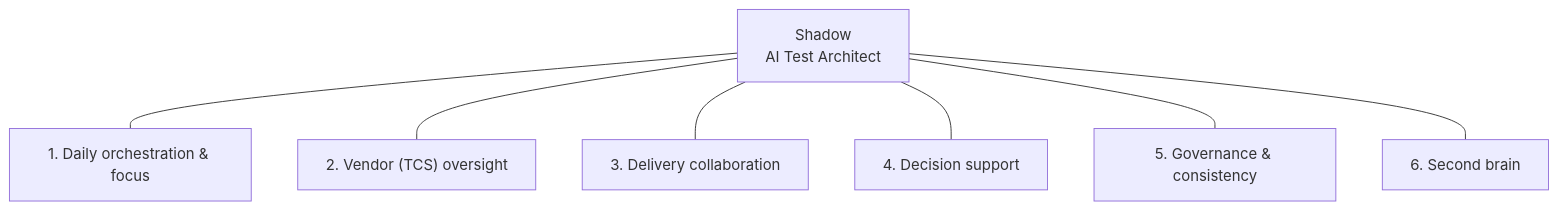
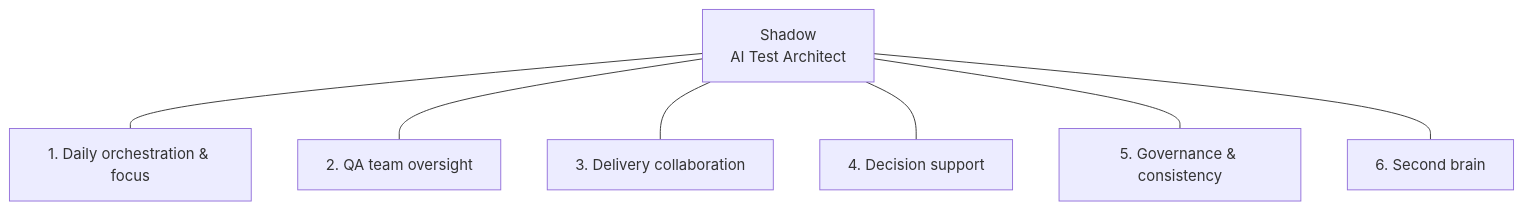
Before and after one commit to ElaMCB/Hyper-Agent: the diagram in README.md, drawn with Mermaid. The commit also changed other lines of this file and 6 other files, not shown here.

First line of the commit message:
Replace vendor (TCS) oversight with QA team oversight across docs and code

````diff
--- a/README.md
+++ b/README.md
@@ -39,16 +39,16 @@
 ```mermaid
 flowchart TB
     CORE["Shadow<br/>AI Test Architect"]
     CORE --- A1
     CORE --- A2
     CORE --- A3
     CORE --- A4
     CORE --- A5
     CORE --- A6
     A1["1. Daily orchestration & focus"]
-    A2["2. Vendor (TCS) oversight"]
+    A2["2. QA team oversight"]
     A3["3. Delivery collaboration"]
     A4["4. Decision support"]
     A5["5. Governance & consistency"]
     A6["6. Second brain"]
 ```
````
